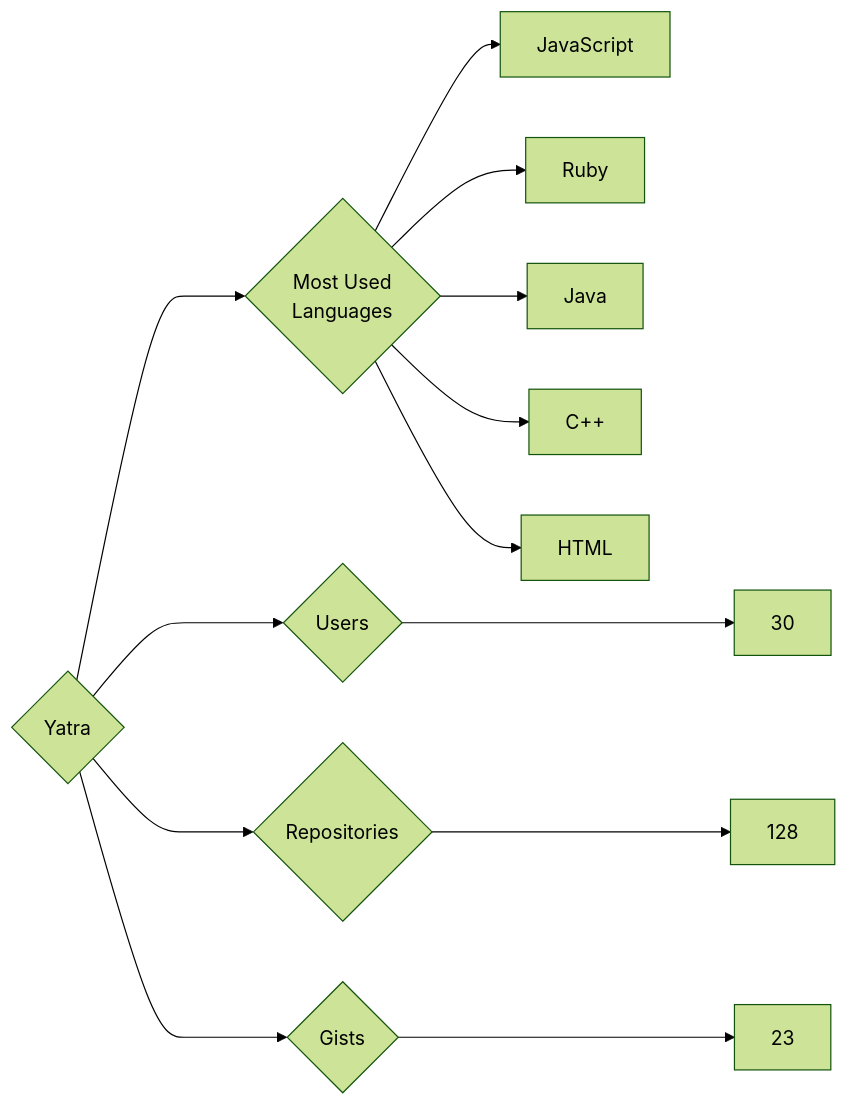
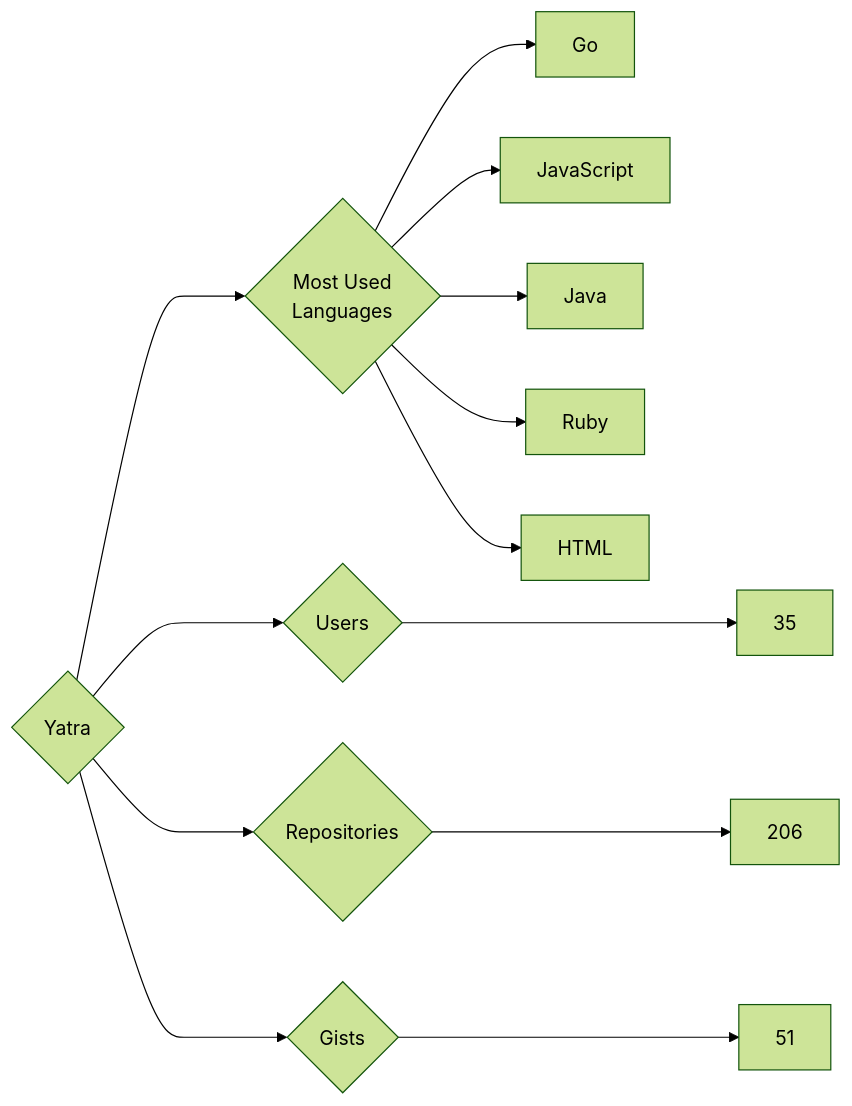
One commit to trickest/insiders changed the diagram in targets/Yatra/README.md. Above: the diagram before and after it, drawn with Mermaid (forest theme). The commit also changed 860 other files, not shown here.

````diff
--- a/targets/Yatra/README.md
+++ b/targets/Yatra/README.md
@@ -3,13 +3,13 @@
 ```mermaid
 graph LR
 COMPANY_NAME{Yatra}
-COMPANY_NAME ---> U{Users} ---> UN[30]
-COMPANY_NAME ---> R{Repositories} ---> RN[128]
-COMPANY_NAME ---> G{Gists} ---> GN[23]
+COMPANY_NAME ---> U{Users} ---> UN[35]
+COMPANY_NAME ---> R{Repositories} ---> RN[206]
+COMPANY_NAME ---> G{Gists} ---> GN[51]
 COMPANY_NAME ---> ML{Most Used<br>Languages}
+ML --> Go[Go]
 ML --> JavaScript[JavaScript]
+ML --> Java[Java]
 ML --> Ruby[Ruby]
-ML --> Java[Java]
-ML --> C++[C++]
 ML --> HTML[HTML]
 ```
````
